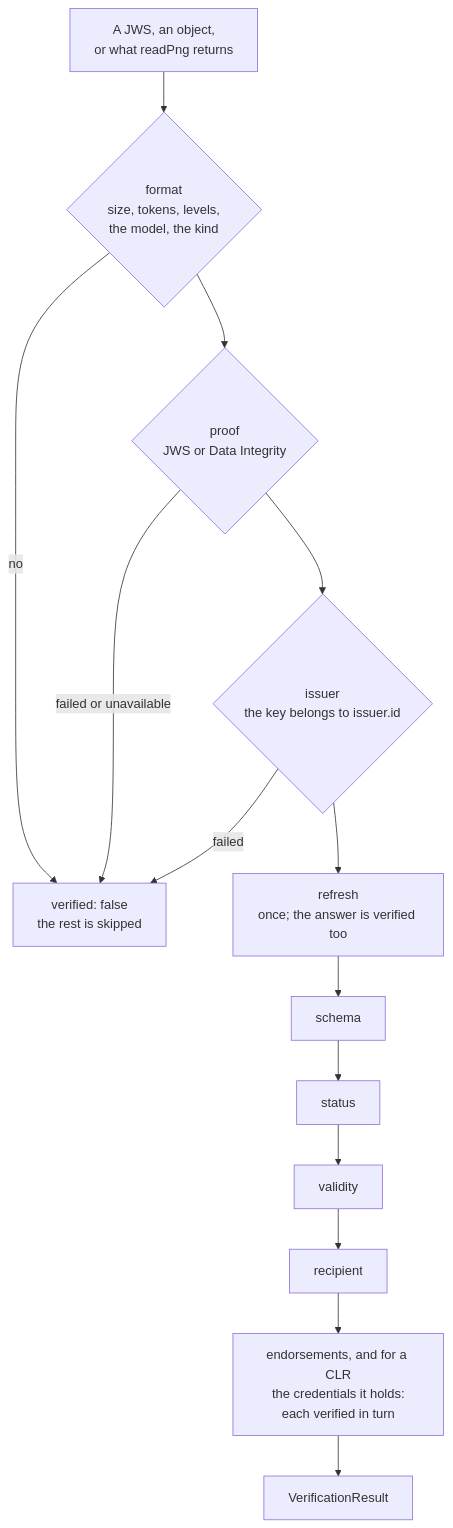
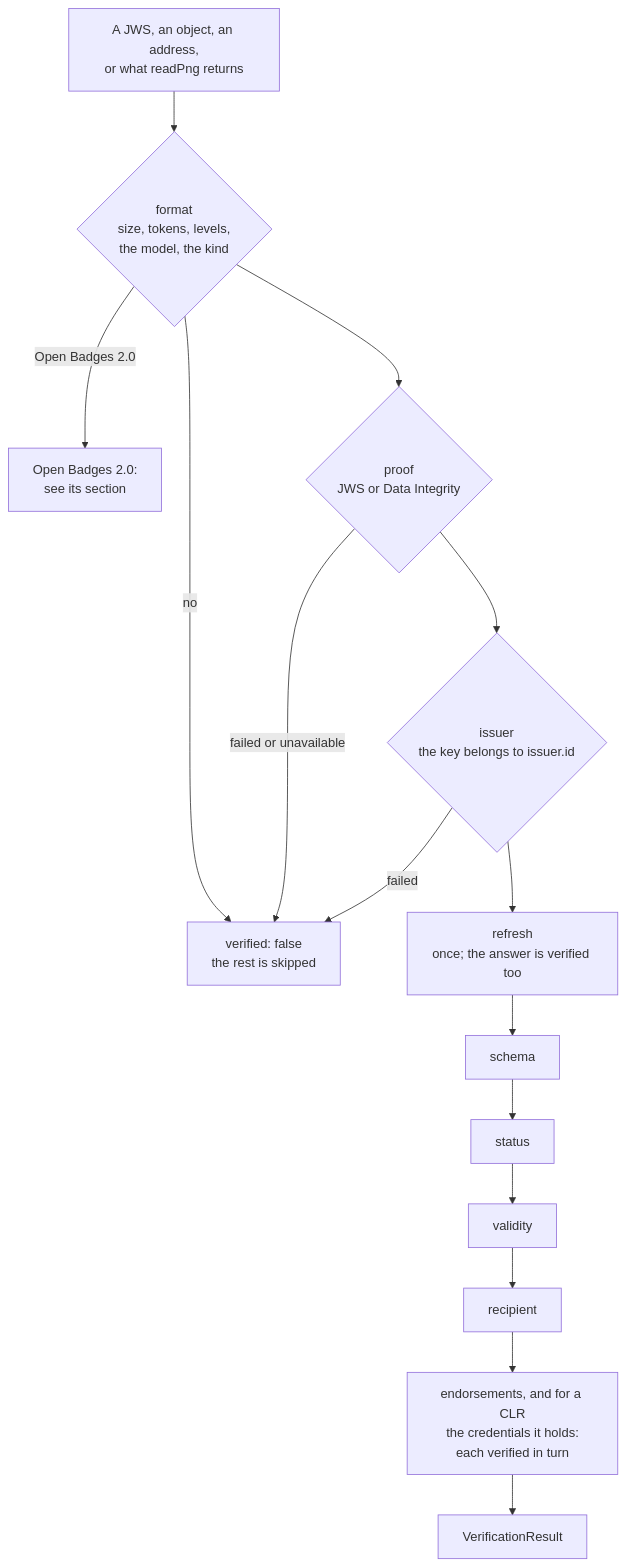
One commit to interopkit/interopkit changed the first of 2 diagrams in docs/achievement-credentials/verify.md. Above: the diagram before and after it, drawn with Mermaid. The commit also changed other lines of this file and 28 other files, not shown here.

Commit message:
Verify Open Badges 2.0 badges: hosted at their id within the issuer's policy, or signed by a key that the issuer lists and not revoked

````diff
--- a/docs/achievement-credentials/verify.md
+++ b/docs/achievement-credentials/verify.md
@@ -7,16 +9,17 @@
 ```mermaid
 flowchart TD
-  input["A JWS, an object,<br/>or what readPng returns"] --> format{"format<br/>size, tokens, levels,<br/>the model, the kind"}
+  input["A JWS, an object, an address,<br/>or what readPng returns"] --> format{"format<br/>size, tokens, levels,<br/>the model, the kind"}
+  format -->|"Open Badges 2.0"| v2["Open Badges 2.0:<br/>see its section"]
   format -->|"no"| stop["verified: false<br/>the rest is skipped"]
   format --> proof{"proof<br/>JWS or Data Integrity"}
   proof -->|"failed or unavailable"| stop
   proof --> issuer{"issuer<br/>the key belongs to issuer.id"}
   issuer -->|"failed"| stop
   issuer --> refresh["refresh<br/>once; the answer is verified too"]
   refresh --> schema["schema"]
   schema --> status["status"]
   status --> validity["validity"]
   validity --> recipient["recipient"]
   recipient --> held["endorsements, and for a CLR<br/>the credentials it holds:<br/>each verified in turn"]
   held --> result["VerificationResult"]
 ```
````
